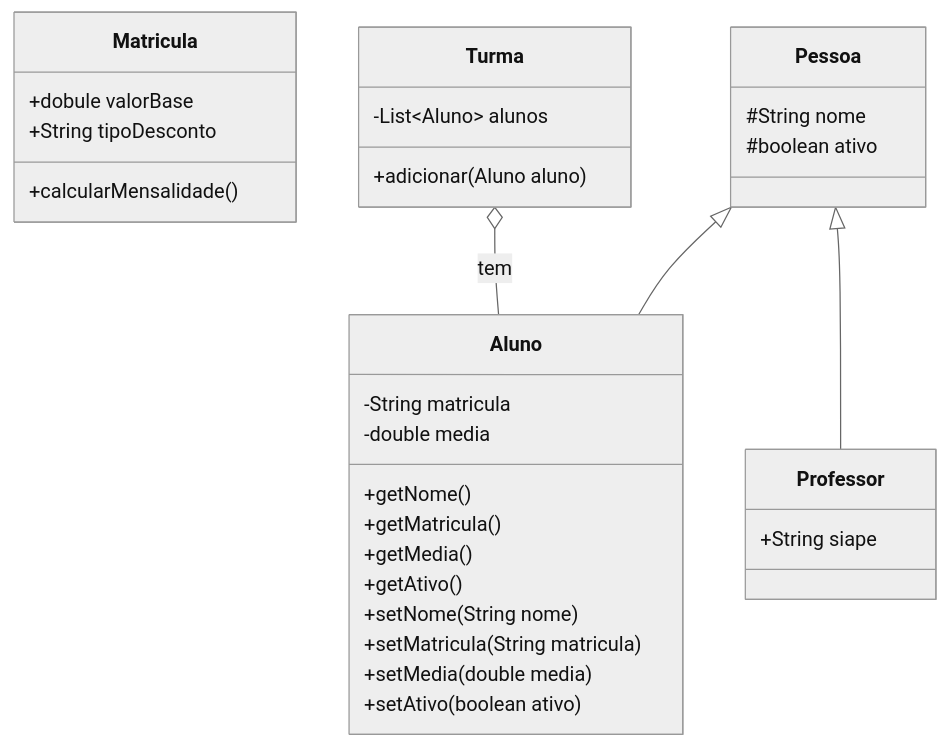
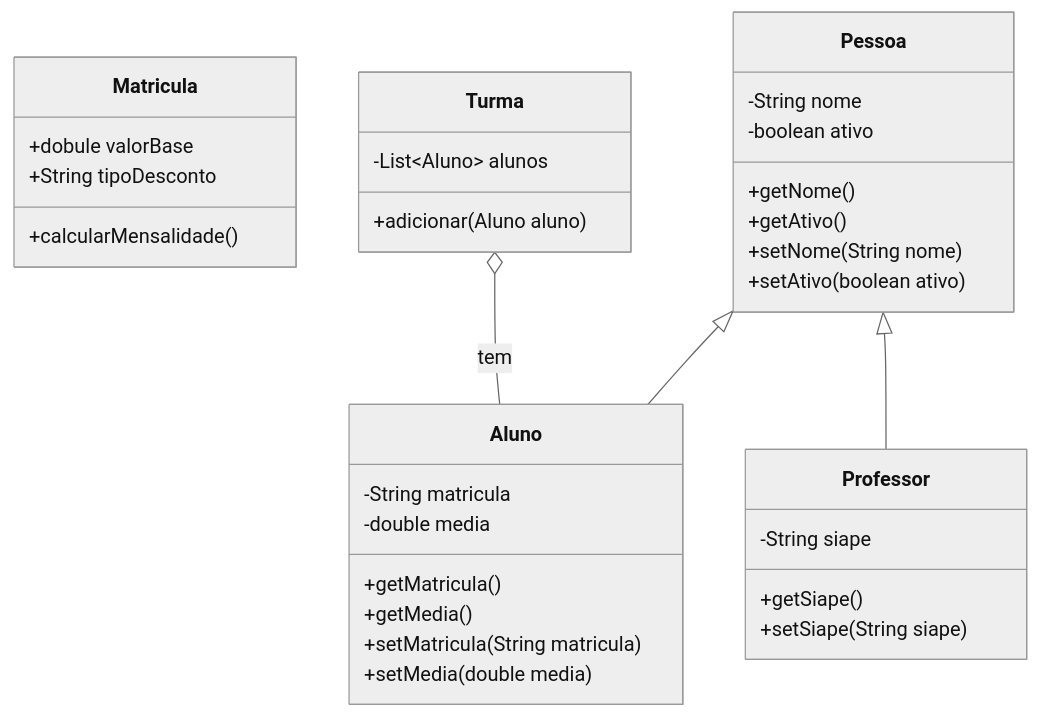
One commit to Posselinha/siga-fatec changed the diagram in diagramaClasses.md. Above: the diagram before and after it, drawn with Mermaid (neutral theme).

Commit message:
refactor: correções no diagrama de classes para seguir com as correções do código

````diff
--- a/diagramaClasses.md
+++ b/diagramaClasses.md
@@ -1,37 +1,40 @@
 ```mermaid
 classDiagram
     class Aluno {
         -String matricula
         -double media
-        +getNome()
         +getMatricula()
         +getMedia()
-        +getAtivo()
-        +setNome(String nome)
         +setMatricula(String matricula)
         +setMedia(double media)
-        +setAtivo(boolean ativo)
     }
     class Matricula {
         +dobule valorBase
         +String tipoDesconto
         +calcularMensalidade()
     }
     class Pessoa {
-        #String nome
-        #boolean ativo
+        -String nome
+        -boolean ativo
+        +getNome()
+        +getAtivo()
+        +setNome(String nome)
+        +setAtivo(boolean ativo)
     }
     class Professor {
-        +String siape
+        -String siape
+        +getSiape()
+        +setSiape(String siape)
+
     }
     class Turma {
         -List~Aluno~ alunos
         +adicionar(Aluno aluno)
     }
 
     Pessoa <|-- Aluno
     Pessoa <|-- Professor
     Turma o-- Aluno : tem
 
 
 ```
````
